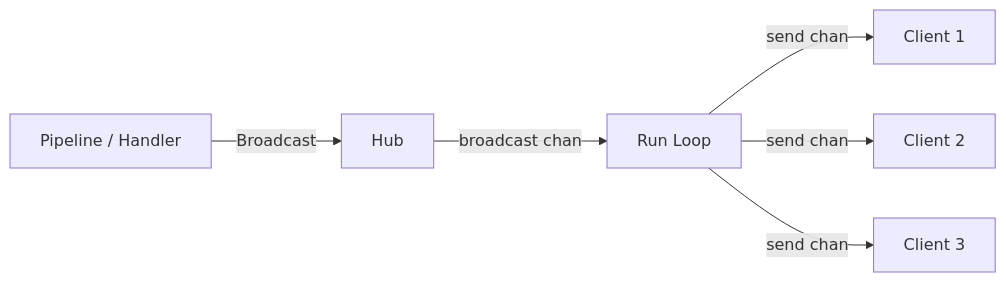
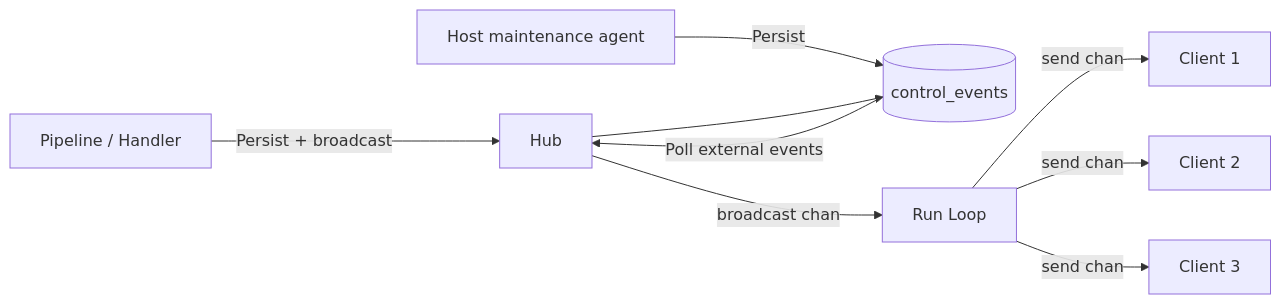
The diagram in docs/v2/architecture/websocket.md (antiartificial/norn), drawn with Mermaid before and after one commit. The commit also changed other lines of this file and 47 other files, not shown here.

````diff
--- a/docs/v2/architecture/websocket.md
+++ b/docs/v2/architecture/websocket.md
@@ -61,8 +91,11 @@
 ```mermaid
 graph LR
-    P[Pipeline / Handler] -->|Broadcast| Hub
+    P[Pipeline / Handler] -->|Persist + broadcast| Hub
+    A[Host maintenance agent] -->|Persist| DB[(control_events)]
+    DB -->|Poll external events| Hub
+    Hub --> DB
     Hub -->|broadcast chan| Loop[Run Loop]
     Loop -->|send chan| C1[Client 1]
     Loop -->|send chan| C2[Client 2]
     Loop -->|send chan| C3[Client 3]
 ```
````
